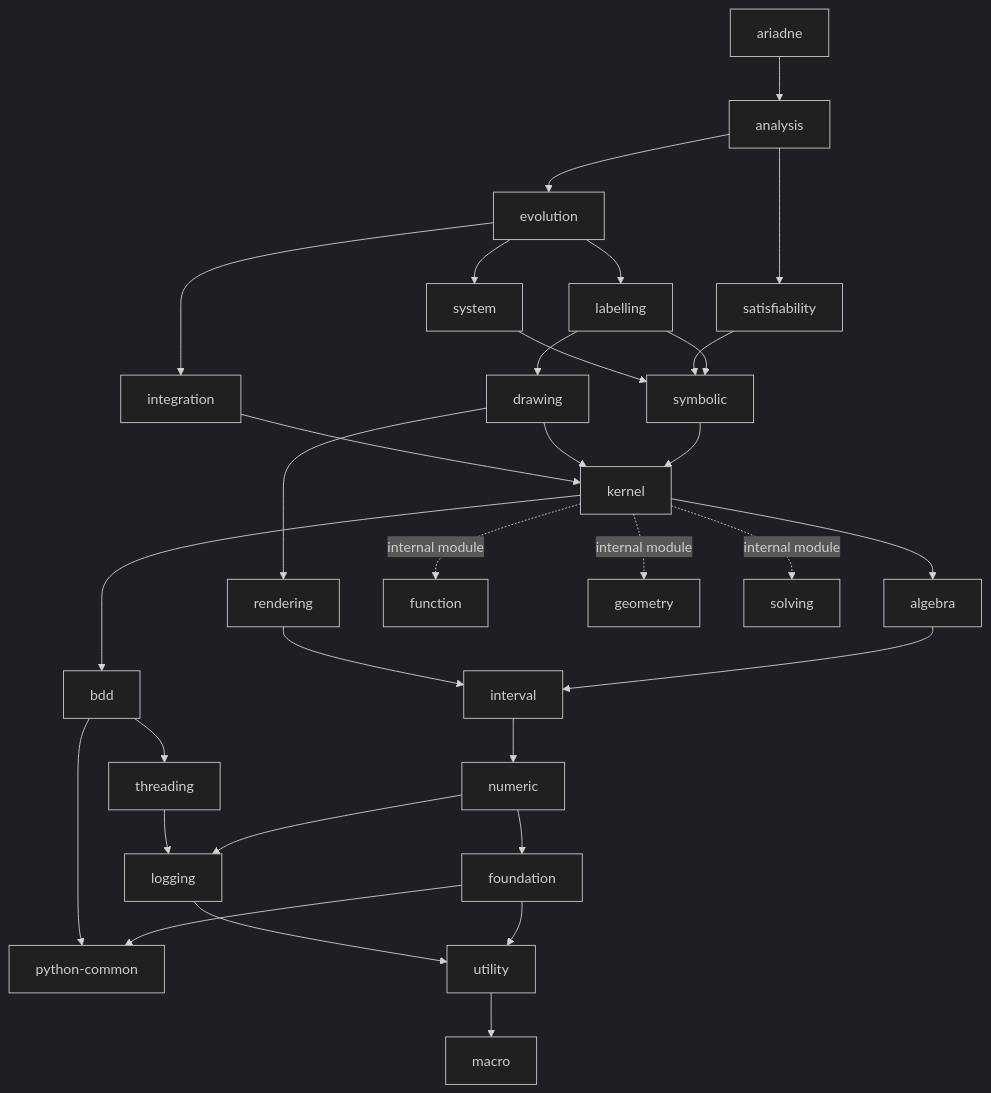
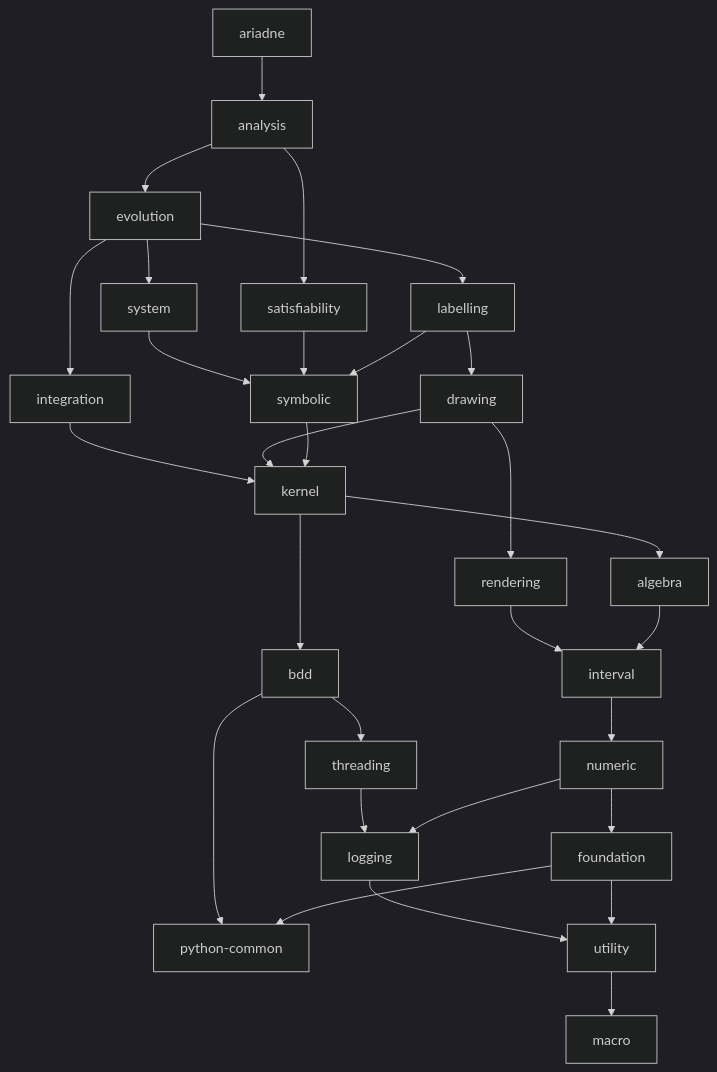
One commit to ariadne-cps/ariadne changed the diagram in doc/decoupling/structure.md. Above: the diagram before and after it, drawn with Mermaid (dark theme). The commit also changed other lines of this file, not shown here.

Commit message:
docs: omit kernel internal modules from graph

````diff
--- a/doc/decoupling/structure.md
+++ b/doc/decoupling/structure.md
@@ -38,45 +38,43 @@
 ```mermaid
 graph TD
     ariadne --> analysis
 
     analysis --> evolution
     analysis --> satisfiability
 
     evolution --> integration
     evolution --> system
     evolution --> labelling
 
     integration --> kernel
 
     system --> symbolic
 
     satisfiability --> symbolic
 
     labelling --> symbolic
     labelling --> drawing
 
     drawing --> rendering
     drawing --> kernel
 
     symbolic --> kernel
 
     kernel --> bdd & algebra
-    kernel -. internal module .-> function & geometry & solving
-
     rendering --> interval
 
     bdd --> threading
     bdd --> python_common["python-common"]
 
     threading --> logging
     logging --> utility
     utility --> macro
 
     algebra --> interval
     interval --> numeric
     numeric --> foundation
     numeric --> logging
 
     foundation --> utility
     foundation --> python_common
 ```
````
